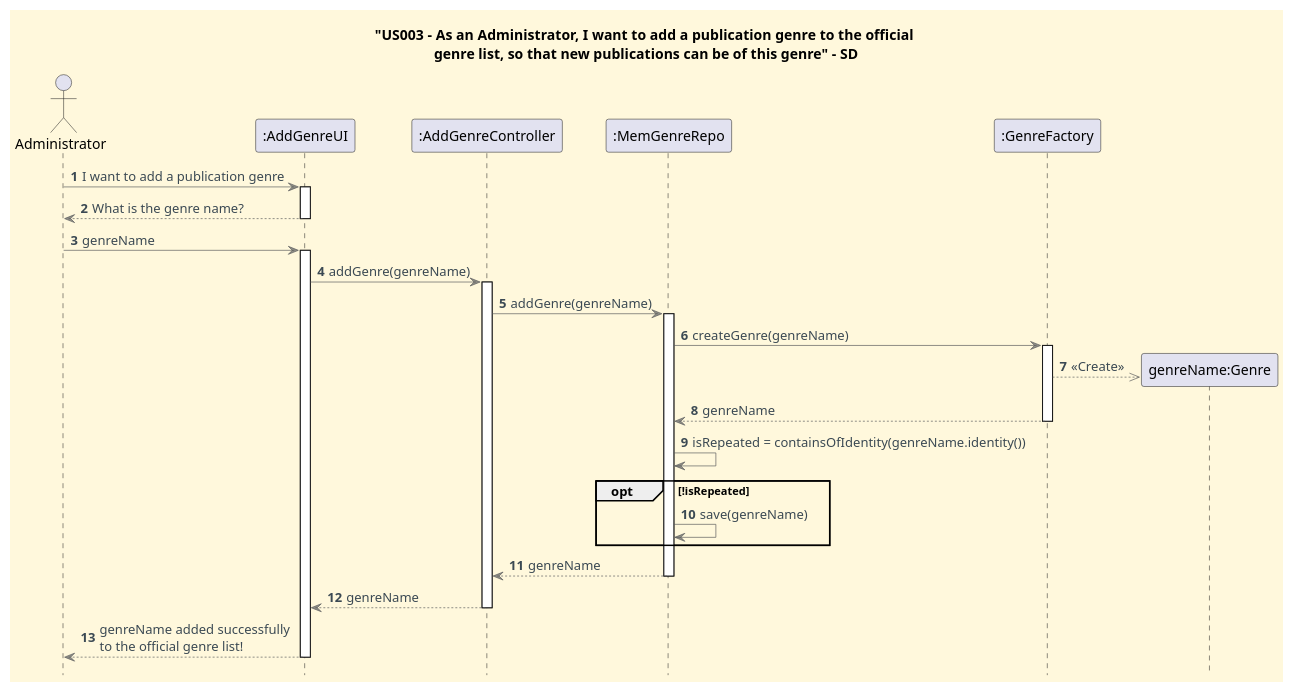
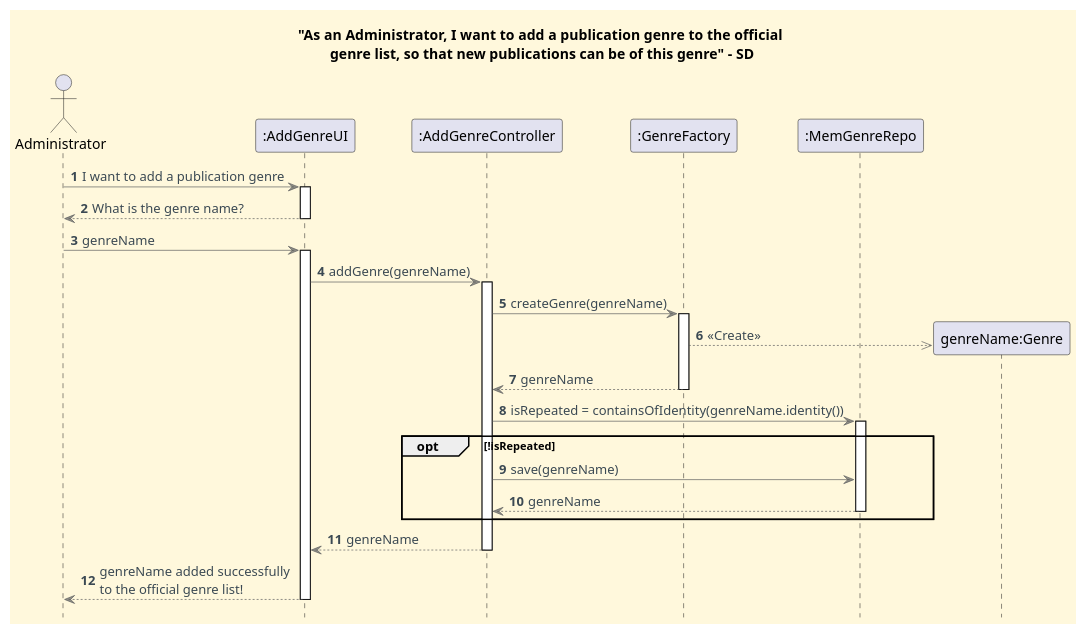
One commit to CarolinaLeite-collab/JavaMarketplacePlatform changed the diagram in docs/functionalities/admin/add-genre/Add_Genre_SD.puml. Above: the diagram before and after it, drawn with PlantUML. The commit also changed 2 other files, not shown here.

Commit message:
docs: update Genre diagrams following design-first approach to move addGenre orchestration to controller, refs #610

```diff
--- a/docs/functionalities/admin/add-genre/Add_Genre_SD.puml
+++ b/docs/functionalities/admin/add-genre/Add_Genre_SD.puml
@@ -1,61 +1,61 @@
     @startuml
 
-    title "US003 - As an Administrator, I want to add a publication genre to the official \ngenre list, so that new publications can be of this genre" - SD
+    title  "As an Administrator, I want to add a publication genre to the official \ngenre list, so that new publications can be of this genre" - SD
 
     '==== basic style ====
     skinparam monochrome false
     skinparam shadowing false
     skinparam defaultFontName Futura
     skinparam objectFontSize 20
     skinparam backgroundColor CornSilk
     skinparam objectBackgroundColor WhiteSmoke
     skinparam noteBackgroundColor #FFFFE0
     skinparam ArrowFontColor #3B4953
     skinparam ArrowColor #57595BAA
     skinparam ActivationBackgroundColor WhiteSmoke
     hide footbox
 
     autonumber
 
     actor Administrator
     participant ":AddGenreUI" as UI
     participant ":AddGenreController" as Ctl
+    participant ":GenreFactory" as gf
     participant ":MemGenreRepo" as gr
-    participant ":GenreFactory" as gf
+
 
     Administrator -> UI: I want to add a publication genre
     activate UI
     UI --> Administrator: What is the genre name?
     deactivate UI
     Administrator -> UI: genreName
     activate UI
 
     UI -> Ctl: addGenre(genreName)
     activate Ctl
-    Ctl -> gr: addGenre(genreName)
-    activate gr
+    Ctl -> gf: createGenre(genreName)
 
-    gr -> gf : createGenre(genreName)
     activate gf
     create "genreName:Genre"
     gf -->> "genreName:Genre": <<Create>>
 
-    gf --> gr : genreName
+    gf --> Ctl : genreName
     deactivate gf
 
-    gr -> gr : isRepeated = containsOfIdentity(genreName.identity())
+
+    Ctl -> gr : isRepeated = containsOfIdentity(genreName.identity())
+    activate gr
     opt !isRepeated
-            gr -> gr: save(genreName)
+    Ctl -> gr: save(genreName)
+    gr --> Ctl: genreName
+     deactivate gr
     end
 
-
-    gr --> Ctl: genreName
-    deactivate gr
 
     Ctl --> UI: genreName
     deactivate Ctl
 
     UI --> Administrator: genreName added successfully \nto the official genre list!
     deactivate UI
 
     @enduml
```
